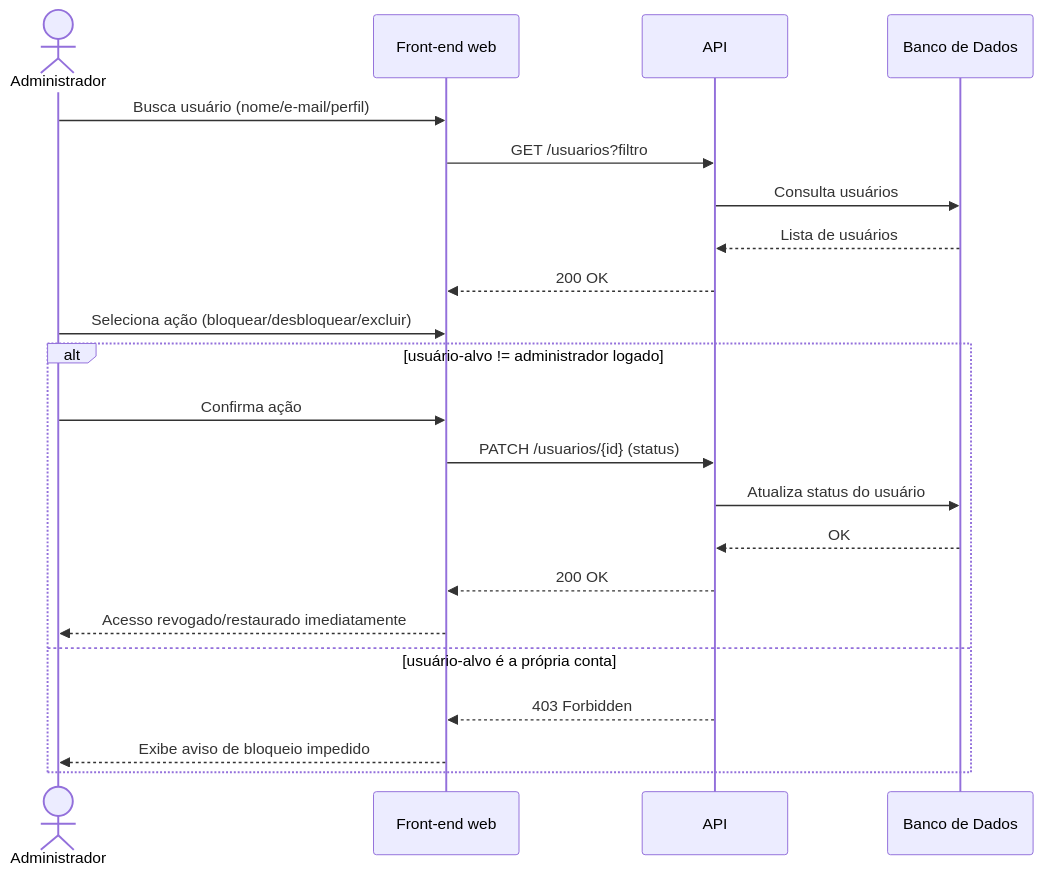
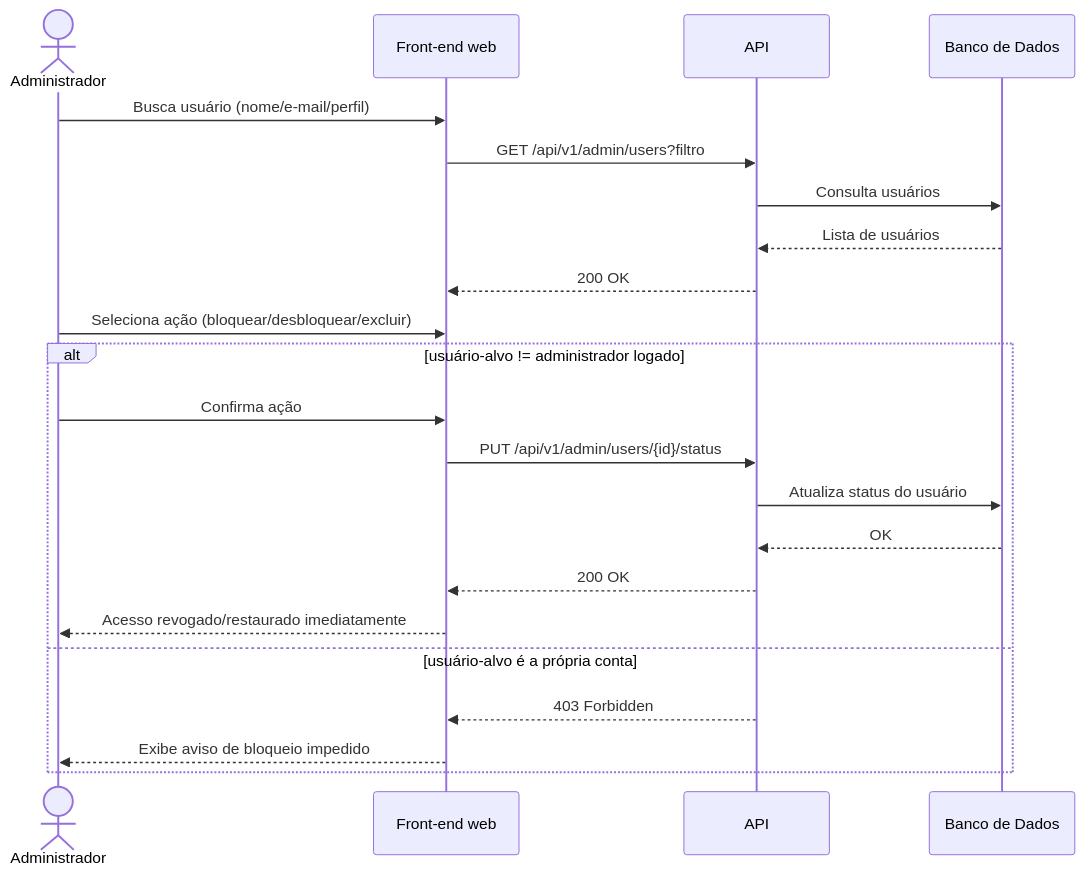
Before and after one commit to Plataforma-de-Cursos-TCC/plataforma-cursos-docs: the diagram in docs/ssd/UC008-gerenciar-usuarios.md, drawn with Mermaid. The commit also changed 16 other files, not shown here.

````diff
--- a/docs/ssd/UC008-gerenciar-usuarios.md
+++ b/docs/ssd/UC008-gerenciar-usuarios.md
@@ -5,25 +5,25 @@
 ```mermaid
 sequenceDiagram
     actor Administrador
     participant FE as Front-end web
     participant API
     participant DB as Banco de Dados
 
     Administrador->>FE: Busca usuário (nome/e-mail/perfil)
-    FE->>API: GET /usuarios?filtro
+    FE->>API: GET /api/v1/admin/users?filtro
     API->>DB: Consulta usuários
     DB-->>API: Lista de usuários
     API-->>FE: 200 OK
     Administrador->>FE: Seleciona ação (bloquear/desbloquear/excluir)
     alt usuário-alvo != administrador logado
         Administrador->>FE: Confirma ação
-        FE->>API: PATCH /usuarios/{id} (status)
+        FE->>API: PUT /api/v1/admin/users/{id}/status
         API->>DB: Atualiza status do usuário
         DB-->>API: OK
         API-->>FE: 200 OK
         FE-->>Administrador: Acesso revogado/restaurado imediatamente
     else usuário-alvo é a própria conta
         API-->>FE: 403 Forbidden
         FE-->>Administrador: Exibe aviso de bloqueio impedido
     end
 ```
````
